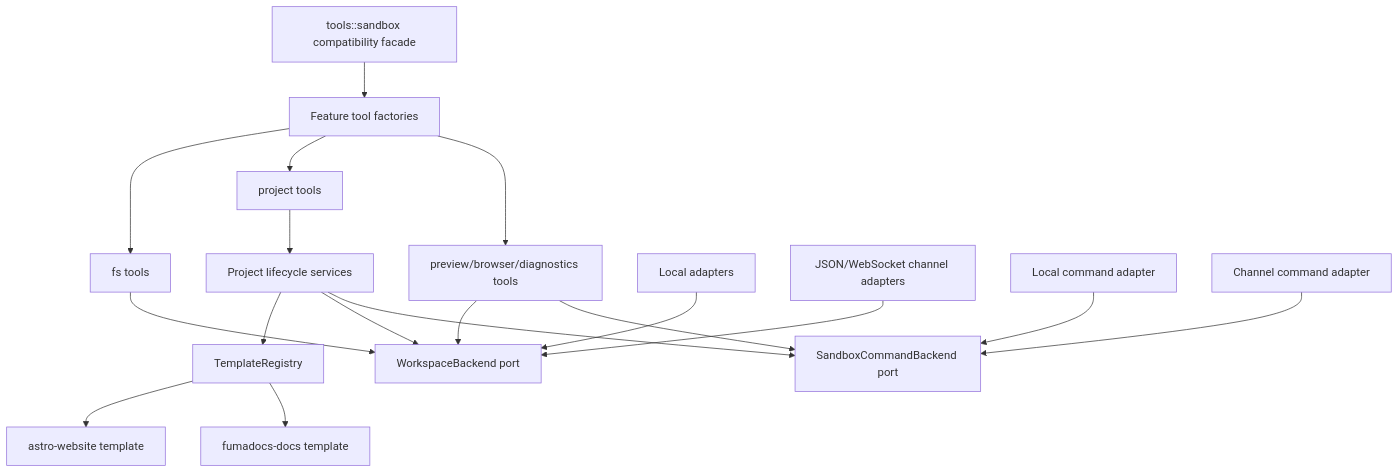
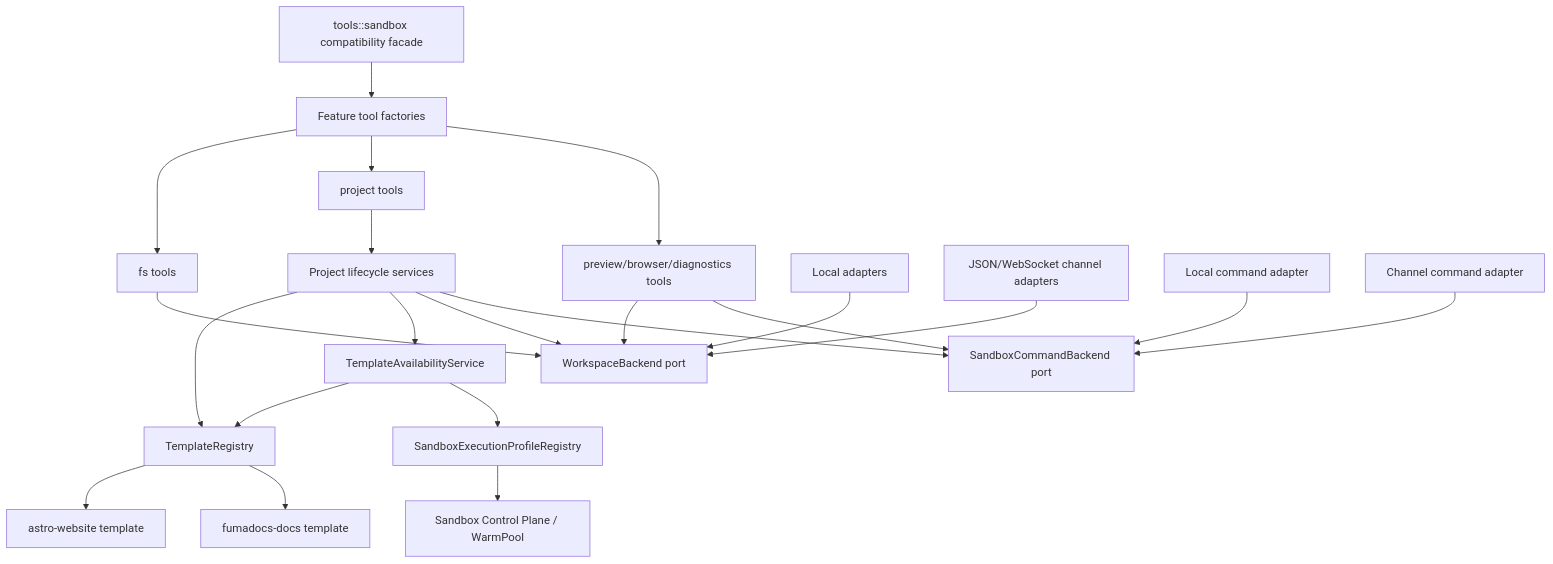
One commit to Carlosfengv/zeronDesign changed the diagram in 2026-07-11-sandbox-tools-architecture-split-plan.md. Above: the diagram before and after it, drawn with Mermaid. The commit also changed other lines of this file, not shown here.

Commit message:
docs(runtime): finalize sandbox architecture implementation plan

````diff
--- a/2026-07-11-sandbox-tools-architecture-split-plan.md
+++ b/2026-07-11-sandbox-tools-architecture-split-plan.md
@@ -78,24 +120,28 @@
 ```mermaid
 flowchart TD
     Factory["tools::sandbox compatibility facade"] --> Features["Feature tool factories"]
     Features --> FsTools["fs tools"]
     Features --> ProjectTools["project tools"]
     Features --> PreviewTools["preview/browser/diagnostics tools"]
 
     FsTools --> WorkspacePort["WorkspaceBackend port"]
     ProjectTools --> ProjectService["Project lifecycle services"]
     PreviewTools --> WorkspacePort
     PreviewTools --> CommandPort["SandboxCommandBackend port"]
 
     ProjectService --> TemplateRegistry["TemplateRegistry"]
+    ProjectService --> TemplateAvailability["TemplateAvailabilityService"]
     ProjectService --> WorkspacePort
     ProjectService --> CommandPort
 
     TemplateRegistry --> Astro["astro-website template"]
     TemplateRegistry --> Fumadocs["fumadocs-docs template"]
+    TemplateAvailability --> TemplateRegistry
+    TemplateAvailability --> ExecutionProfiles["SandboxExecutionProfileRegistry"]
+    ExecutionProfiles --> ControlPlane["Sandbox Control Plane / WarmPool"]
 
     LocalAdapter["Local adapters"] --> WorkspacePort
     ChannelAdapter["JSON/WebSocket channel adapters"] --> WorkspacePort
     LocalCommand["Local command adapter"] --> CommandPort
     RemoteCommand["Channel command adapter"] --> CommandPort
 ```
````
